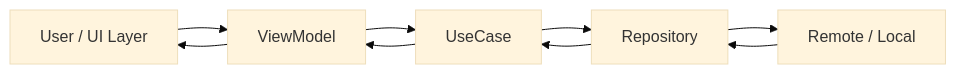
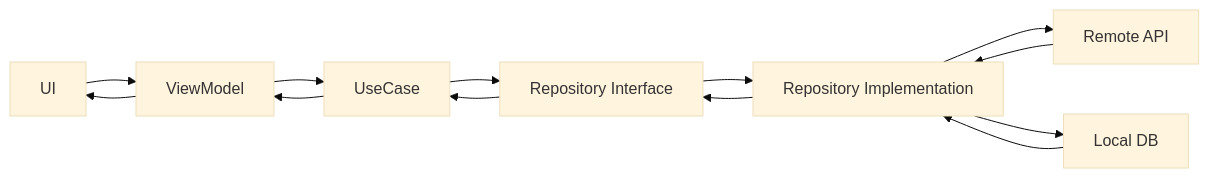
One commit to duongpill/CleanArchitectureMVVMTesting changed the diagram in README.md. Above: the diagram before and after it, drawn with Mermaid (base theme). The commit also changed other lines of this file, not shown here.

````diff
--- a/README.md
+++ b/README.md
@@ -55,11 +52,15 @@
 ```mermaid
 flowchart LR
-  UI[User / UI Layer] --> VM[ViewModel]
+  UI[UI] --> VM[ViewModel]
   VM --> UC[UseCase]
-  UC --> Repo[Repository]
-  Repo --> API[Remote / Local]
-  API --> Repo
-  Repo --> UC
+  UC --> REPOIF[Repository Interface]
+  REPOIF --> REPOIMPL[Repository Implementation]
+  REPOIMPL --> REMOTE[Remote API]
+  REPOIMPL --> LOCAL[Local DB]
+  REMOTE --> REPOIMPL
+  LOCAL --> REPOIMPL
+  REPOIMPL --> REPOIF
+  REPOIF --> UC
   UC --> VM
   VM --> UI
 ```
````
